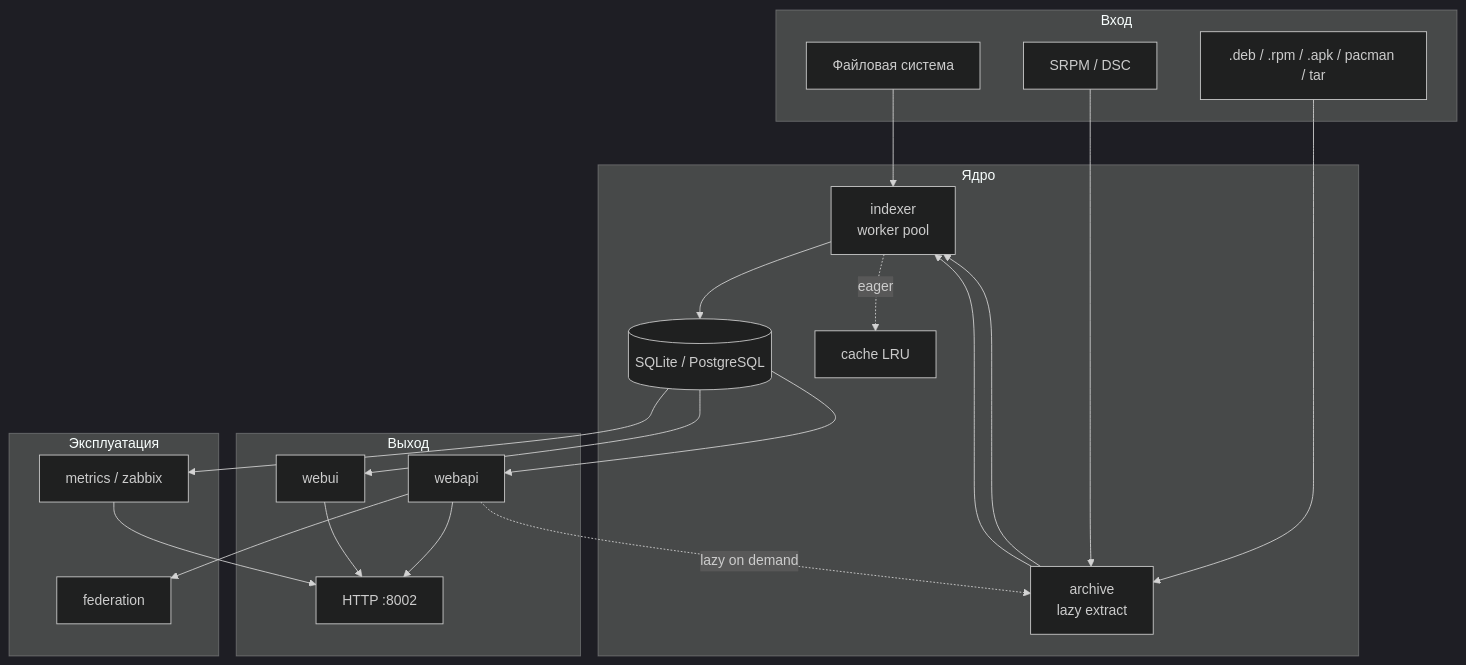
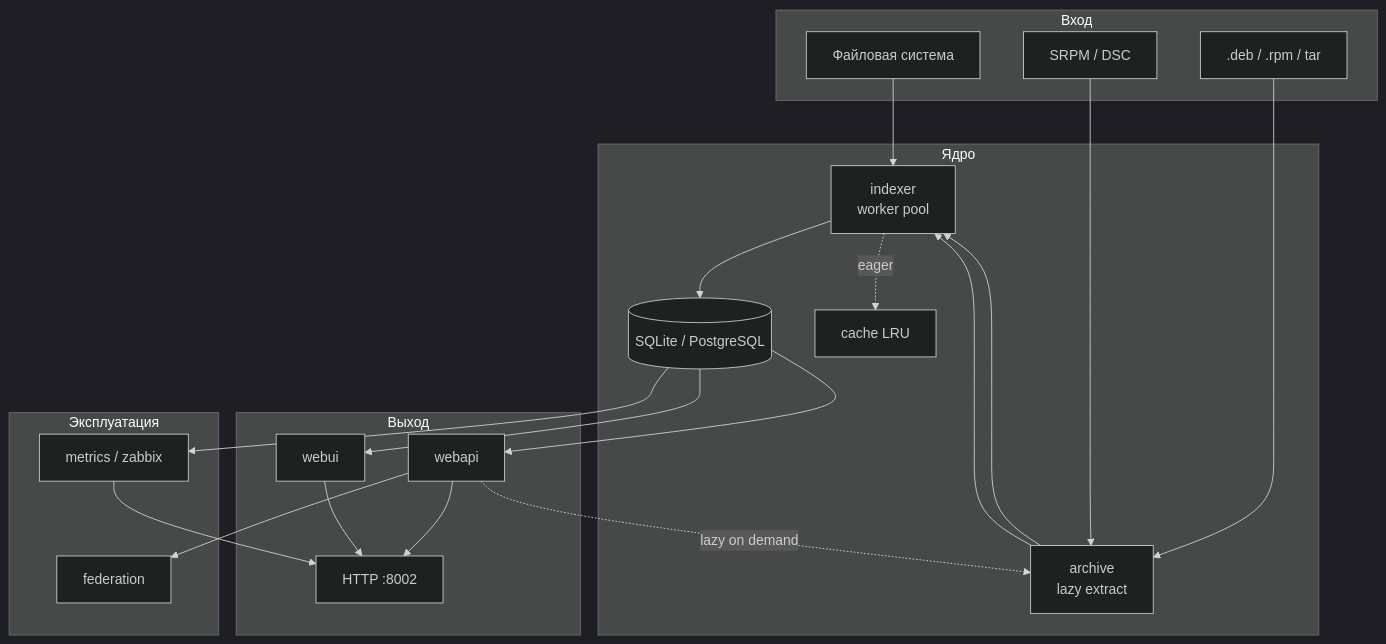
One commit to RioTwWks/debuginfod-go changed the diagram in DEVELOPMENT.md. Above: the diagram before and after it, drawn with Mermaid (dark theme). The commit also changed other lines of this file and 7 other files, not shown here.

````diff
--- a/DEVELOPMENT.md
+++ b/DEVELOPMENT.md
@@ -9,40 +20,40 @@
 ```mermaid
 flowchart TB
     subgraph input [Вход]
         FS[Файловая система]
-        PKG[".deb / .rpm / .apk / pacman / tar"]
+        PKG[".deb / .rpm / tar"]
         SRC["SRPM / DSC"]
     end
 
     subgraph core [Ядро]
         IDX[indexer<br/>worker pool]
         ARC[archive<br/>lazy extract]
         ST[(SQLite / PostgreSQL)]
         CACHE[cache LRU]
     end
 
     subgraph output [Выход]
         API[webapi]
         UI[webui]
         HTTP[HTTP :8002]
     end
 
     subgraph ops [Эксплуатация]
         MET[metrics / zabbix]
         FED[federation]
     end
 
     FS --> IDX
     PKG --> ARC --> IDX
     SRC --> ARC --> IDX
     IDX --> ST
     IDX -.->|eager| CACHE
     API -.->|lazy on demand| ARC
     ST --> API
     ST --> UI
     ST --> MET
     API --> FED
     API --> HTTP
     UI --> HTTP
     MET --> HTTP
 ```
````
